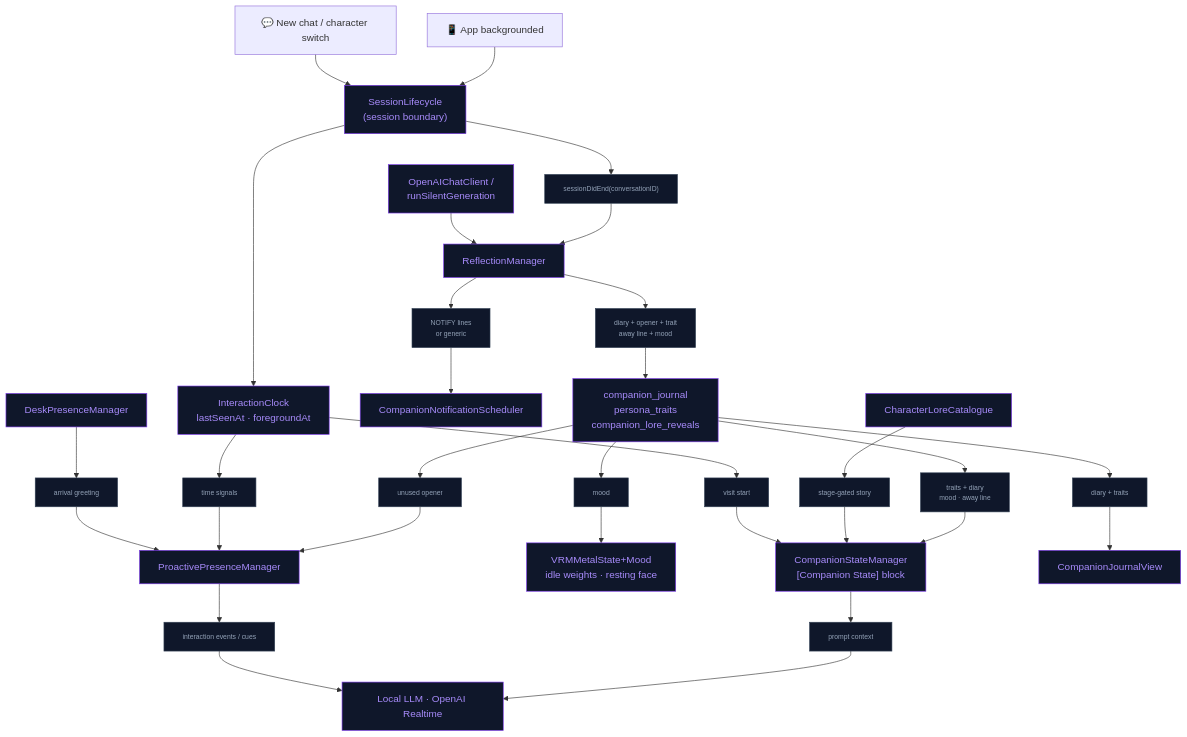
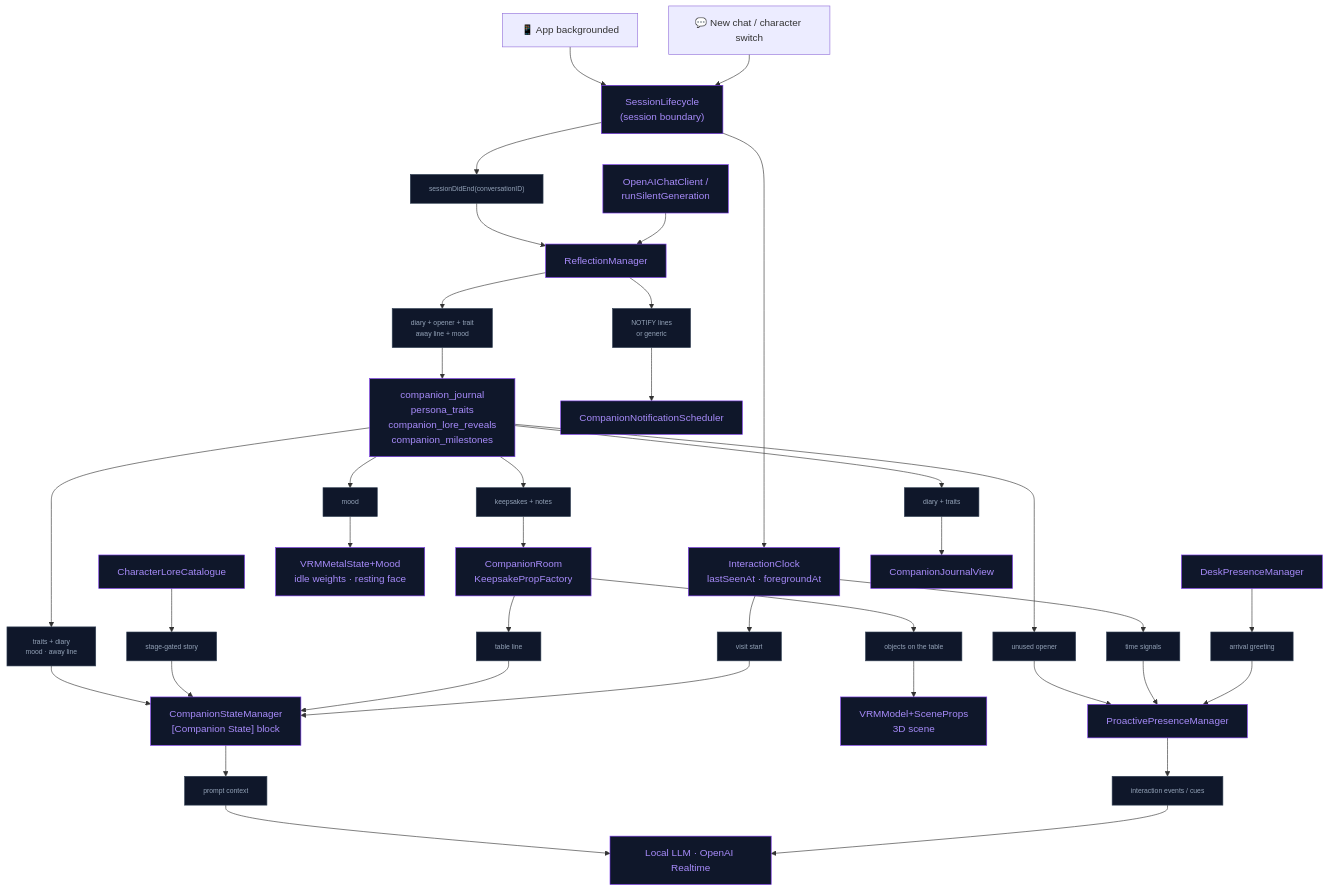
Before and after one commit to kevinliddel/NeuraLink: the first of 3 diagrams in docs/Companion/LIVING_COMPANION.md, drawn with Mermaid. The commit also changed other lines of this file and 29 other files, not shown here.

Commit message:
feat: add 3D environments catalog, companion keepsakes, and VRM prop factories

````diff
--- a/docs/Companion/LIVING_COMPANION.md
+++ b/docs/Companion/LIVING_COMPANION.md
@@ -659,34 +716,37 @@
 ```mermaid
 flowchart TD
     BG["📱 App backgrounded"] --> LC
     NEW["💬 New chat / character switch"] --> LC
 
     LC["SessionLifecycle<br/>(session boundary)"] --> CLK["InteractionClock<br/>lastSeenAt · foregroundAt"]
     LC --> D1["sessionDidEnd(conversationID)"] --> REFL["ReflectionManager"]
     HTTP["OpenAIChatClient /<br/>runSilentGeneration"] --> REFL
 
-    REFL --> D2["diary + opener + trait<br/>away line + mood"] --> SQL["companion_journal<br/>persona_traits<br/>companion_lore_reveals"]
+    REFL --> D2["diary + opener + trait<br/>away line + mood"] --> SQL["companion_journal<br/>persona_traits<br/>companion_lore_reveals<br/>companion_milestones"]
     REFL --> D3["NOTIFY lines<br/>or generic"] --> NOTIF["CompanionNotificationScheduler"]
 
     SQL --> D4["traits + diary<br/>mood · away line"] --> CSM["CompanionStateManager<br/>[Companion State] block"]
     LORE["CharacterLoreCatalogue"] --> D12["stage-gated story"] --> CSM
     SQL --> D13["mood"] --> BODY["VRMMetalState+Mood<br/>idle weights · resting face"]
+    SQL --> D14["keepsakes + notes"] --> ROOM["CompanionRoom<br/>KeepsakePropFactory"]
+    ROOM --> D15["objects on the table"] --> SCENE["VRMModel+SceneProps<br/>3D scene"]
+    ROOM --> D16["table line"] --> CSM
     CLK --> D10["visit start"] --> CSM
     SQL --> D5["unused opener"] --> PPM["ProactivePresenceManager"]
     CLK --> D6["time signals"] --> PPM
     DESK["DeskPresenceManager"] --> D11["arrival greeting"] --> PPM
     SQL --> D7["diary + traits"] --> JUI["CompanionJournalView"]
 
     CSM --> D8["prompt context"] --> ENG["Local LLM · OpenAI Realtime"]
     PPM --> D9["interaction events / cues"] --> ENG
 
     %% Styles
     classDef core fill:#0f172a,stroke:#7c3aed,color:#a78bfa
     classDef decision fill:#1e293b,stroke:#94a3b8,color:#e2e8f0
 
-    class LC,CLK,REFL,HTTP,SQL,NOTIF,CSM,PPM,DESK,JUI,ENG,LORE,BODY core
+    class LC,CLK,REFL,HTTP,SQL,NOTIF,CSM,PPM,DESK,JUI,ENG,LORE,BODY,ROOM,SCENE core
 
     %% Data nodes (consistent system-wide)
     classDef data fill:#0f172a,stroke:#334155,color:#94a3b8,font-size:11px
-    class D1,D2,D3,D4,D5,D6,D7,D8,D9,D10,D11,D12,D13 data
+    class D1,D2,D3,D4,D5,D6,D7,D8,D9,D10,D11,D12,D13,D14,D15,D16 data
 ```
````
